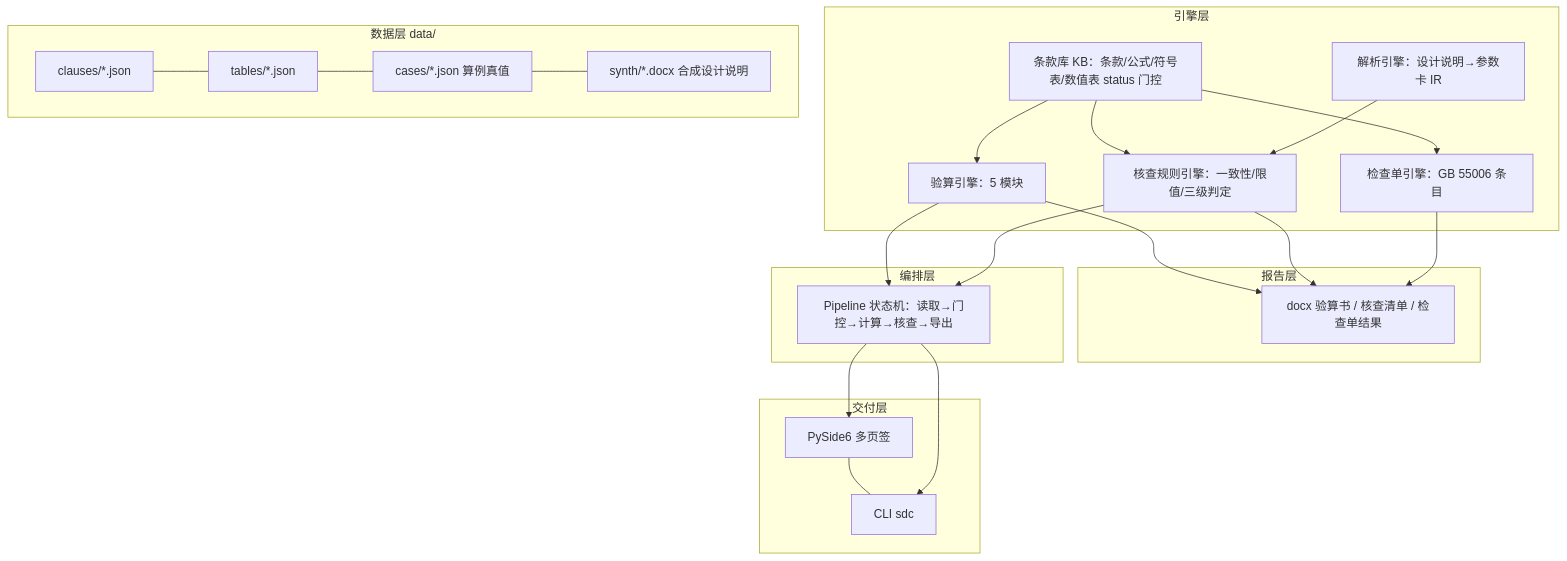
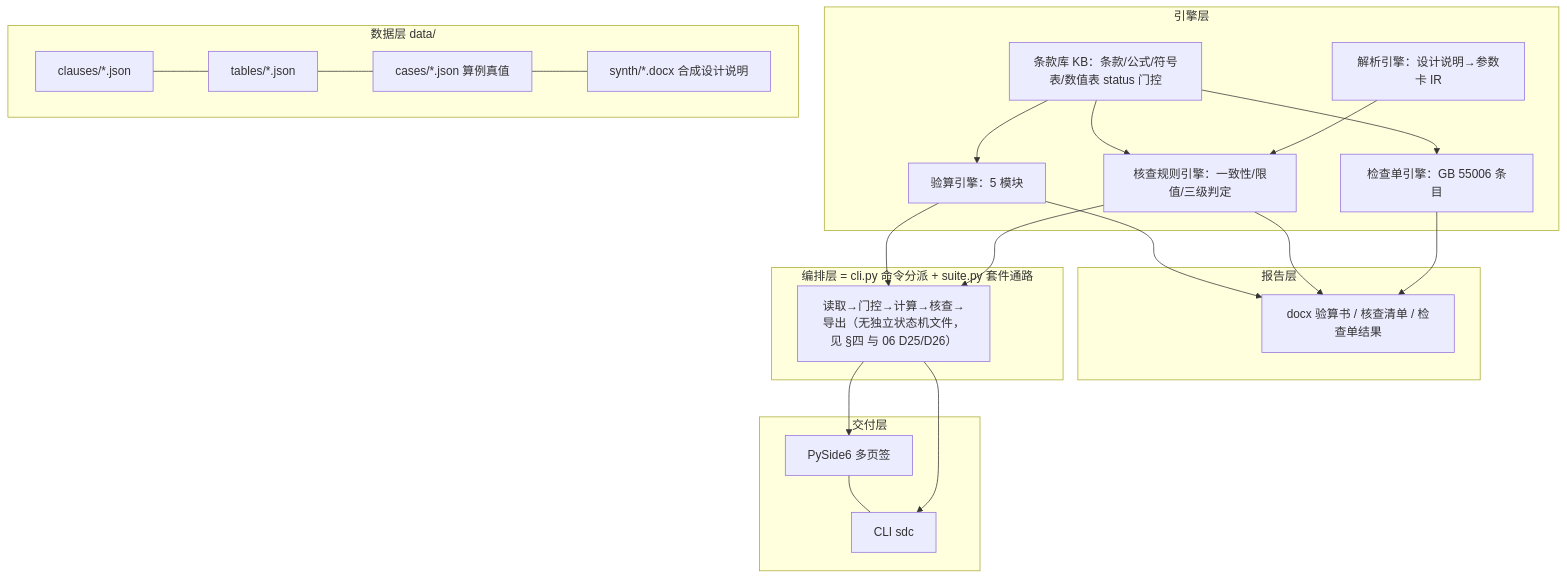
One commit to yuluo554/steel-design-checker changed the diagram in plan/03-架构与技术选型.md. Above: the diagram before and after it, drawn with Mermaid. The commit also changed other lines of this file and 5 other files, not shown here.

````diff
--- a/plan/03-架构与技术选型.md
+++ b/plan/03-架构与技术选型.md
@@ -22,31 +22,31 @@
 ```mermaid
 flowchart TD
   subgraph L5[交付层]
     GUI[PySide6 多页签] --- CLI[CLI sdc]
   end
   subgraph L4[报告层]
     RPT[docx 验算书 / 核查清单 / 检查单结果]
   end
-  subgraph L3[编排层]
-    ORCH[Pipeline 状态机：读取→门控→计算→核查→导出]
+  subgraph L3[编排层 = cli.py 命令分派 + suite.py 套件通路]
+    ORCH[读取→门控→计算→核查→导出（无独立状态机文件，见 §四 与 06 D25/D26）]
   end
   subgraph L2[引擎层]
     KB[条款库 KB：条款/公式/符号表/数值表 status 门控]
     VER[验算引擎：5 模块]
     PAR[解析引擎：设计说明→参数卡 IR]
     CHK[核查规则引擎：一致性/限值/三级判定]
     LIS[检查单引擎：GB 55006 条目]
   end
   subgraph L1[数据层 data/]
     CL[clauses/*.json] --- TB[tables/*.json] --- CA[cases/*.json 算例真值] --- SY[synth/*.docx 合成设计说明]
   end
   KB --> VER --> ORCH
   KB --> CHK
   KB --> LIS
   PAR --> CHK --> ORCH
   VER --> RPT
   CHK --> RPT
   LIS --> RPT
   ORCH --> CLI
   ORCH --> GUI
 ```
````
